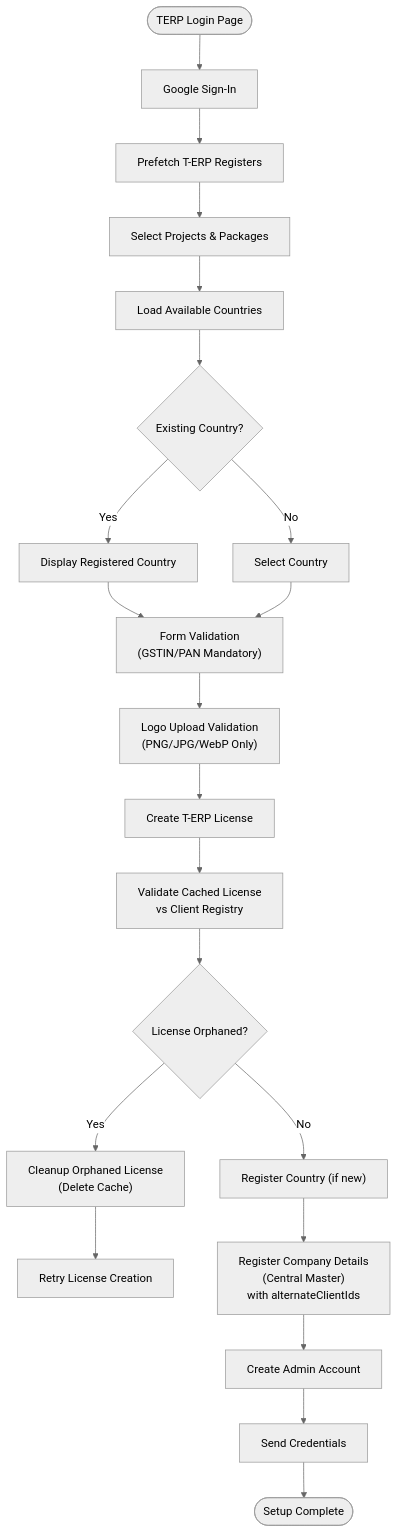
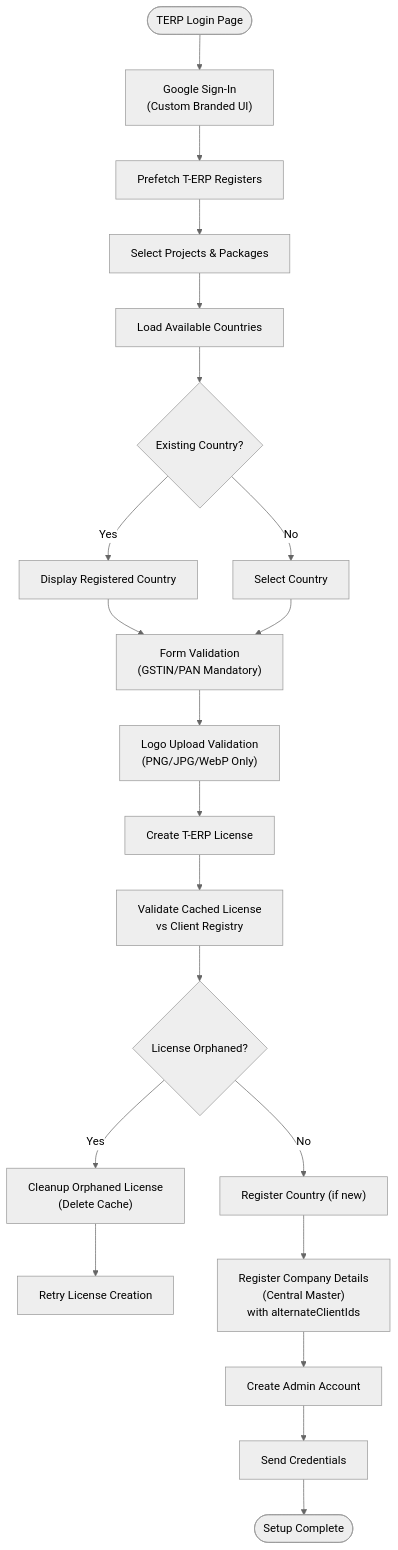
One commit to imcbsglobal/TRELLISCO_ERP_FRONTEND changed the third of 6 diagrams in .qoder/repowiki/en/content/Application Architecture/Authentication & Authorization.md. Above: the diagram before and after it, drawn with Mermaid (neutral theme). The commit also changed other lines of this file and 3 other files, not shown here.

````diff
--- a/.qoder/repowiki/en/content/Application Architecture/Authentication & Authorization.md
+++ b/.qoder/repowiki/en/content/Application Architecture/Authentication & Authorization.md
@@ -256,23 +309,23 @@
 ```mermaid
 flowchart TD
-Start(["TERP Login Page"]) --> GoogleAuth["Google Sign-In"]
+Start(["TERP Login Page"]) --> GoogleAuth["Google Sign-In<br/>(Custom Branded UI)"]
 GoogleAuth --> Prefetch["Prefetch T-ERP Registers"]
 Prefetch --> ProjectSelection["Select Projects & Packages"]
 ProjectSelection --> CountryCheck["Load Available Countries"]
 CountryCheck --> ExistingCountry{"Existing Country?"}
 ExistingCountry --> |Yes| LockedCountry["Display Registered Country"]
 ExistingCountry --> |No| CountrySelection["Select Country"]
 LockedCountry --> Validation["Form Validation<br/>(GSTIN/PAN Mandatory)"]
 CountrySelection --> Validation
 Validation --> LogoValidation["Logo Upload Validation<br/>(PNG/JPG/WebP Only)"]
 LogoValidation --> LicenseCreation["Create T-ERP License"]
 LicenseCreation --> CacheValidation["Validate Cached License<br/>vs Client Registry"]
 CacheValidation --> OrphanedCheck{"License Orphaned?"}
 OrphanedCheck --> |Yes| Cleanup["Cleanup Orphaned License<br/>(Delete Cache)"]
 OrphanedCheck --> |No| CountryRegistration["Register Country (if new)"]
 Cleanup --> Retry["Retry License Creation"]
 CountryRegistration --> CompanyRegistration["Register Company Details<br/>(Central Master)<br/>with alternateClientIds"]
 CompanyRegistration --> AdminAccount["Create Admin Account"]
 AdminAccount --> CredentialDelivery["Send Credentials"]
 CredentialDelivery --> Success(["Setup Complete"])
 ```
````
